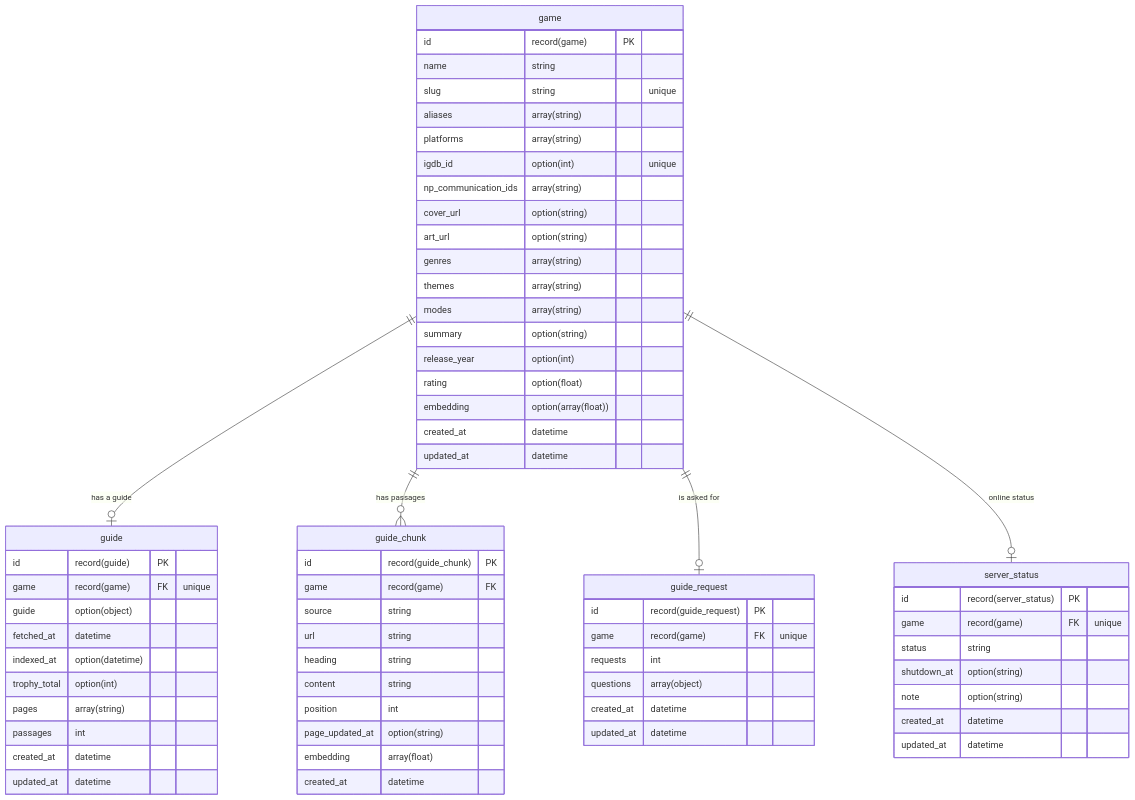
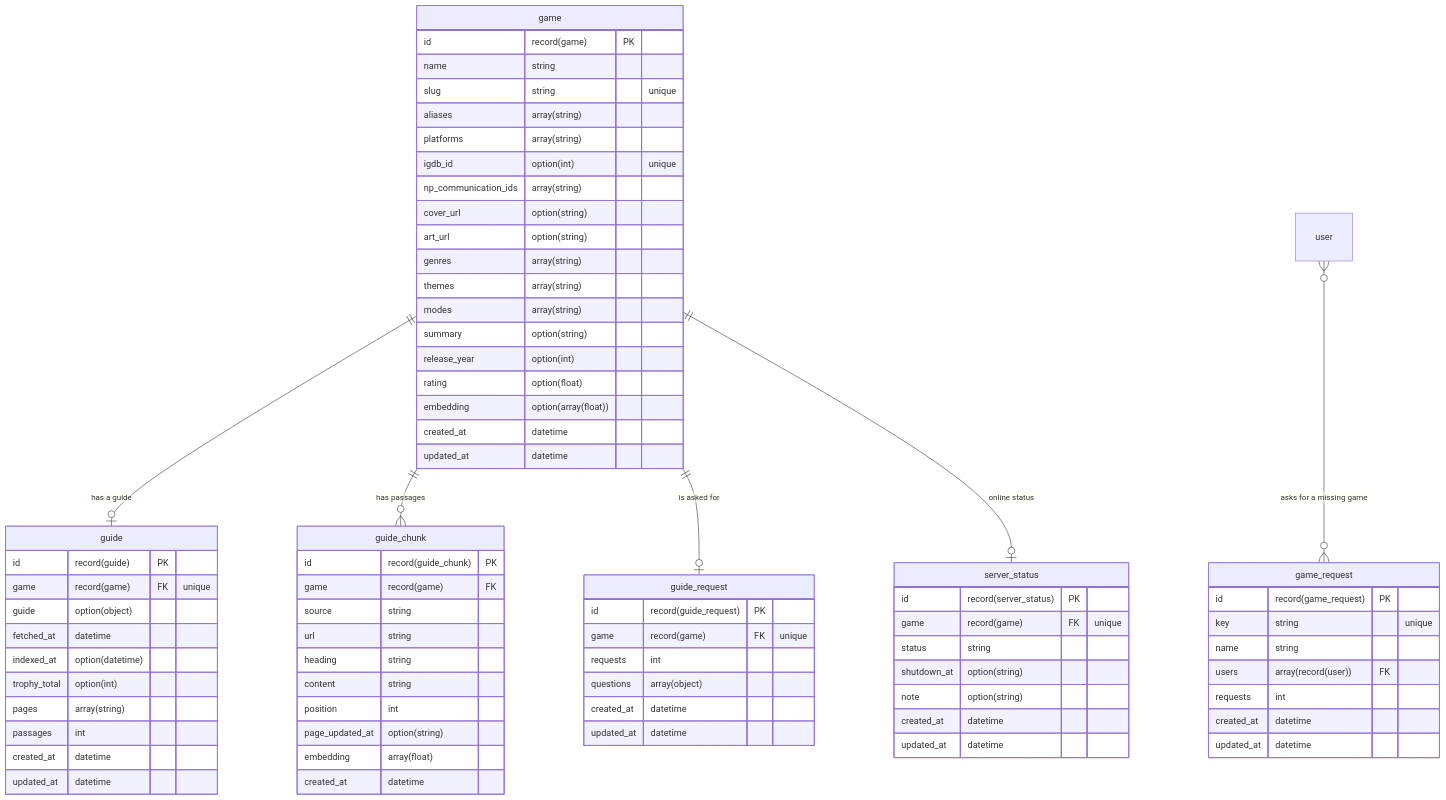
One commit to renatoaug/platjourney changed the fourth of 5 diagrams in docs/database.md. Above: the diagram before and after it, drawn with Mermaid. The commit also changed other lines of this file and 22 other files, not shown here.

````diff
--- a/docs/database.md
+++ b/docs/database.md
@@ -204,69 +204,79 @@
 ```mermaid
 erDiagram
     game ||--o| guide : "has a guide"
     game ||--o{ guide_chunk : "has passages"
     game ||--o| guide_request : "is asked for"
     game ||--o| server_status : "online status"
+    user }o--o{ game_request : "asks for a missing game"
     game {
         id record(game) PK
         name string
         slug string "unique"
         aliases array(string)
         platforms array(string)
         igdb_id option(int) "unique"
         np_communication_ids array(string)
         cover_url option(string)
         art_url option(string)
         genres array(string)
         themes array(string)
         modes array(string)
         summary option(string)
         release_year option(int)
         rating option(float)
         embedding option(array(float))
         created_at datetime
         updated_at datetime
     }
     guide {
         id record(guide) PK
         game record(game) FK "unique"
         guide option(object)
         fetched_at datetime
         indexed_at option(datetime)
         trophy_total option(int)
         pages array(string)
         passages int
         created_at datetime
         updated_at datetime
     }
     guide_chunk {
         id record(guide_chunk) PK
         game record(game) FK
         source string
         url string
         heading string
         content string
         position int
         page_updated_at option(string)
         embedding array(float)
         created_at datetime
     }
     guide_request {
         id record(guide_request) PK
         game record(game) FK "unique"
         requests int
         questions array(object)
         created_at datetime
         updated_at datetime
     }
+    game_request {
+        id record(game_request) PK
+        key string "unique"
+        name string
+        users array(record(user)) FK
+        requests int
+        created_at datetime
+        updated_at datetime
+    }
     server_status {
         id record(server_status) PK
         game record(game) FK "unique"
         status string
         shutdown_at option(string)
         note option(string)
         created_at datetime
         updated_at datetime
     }
 
 ```
````
